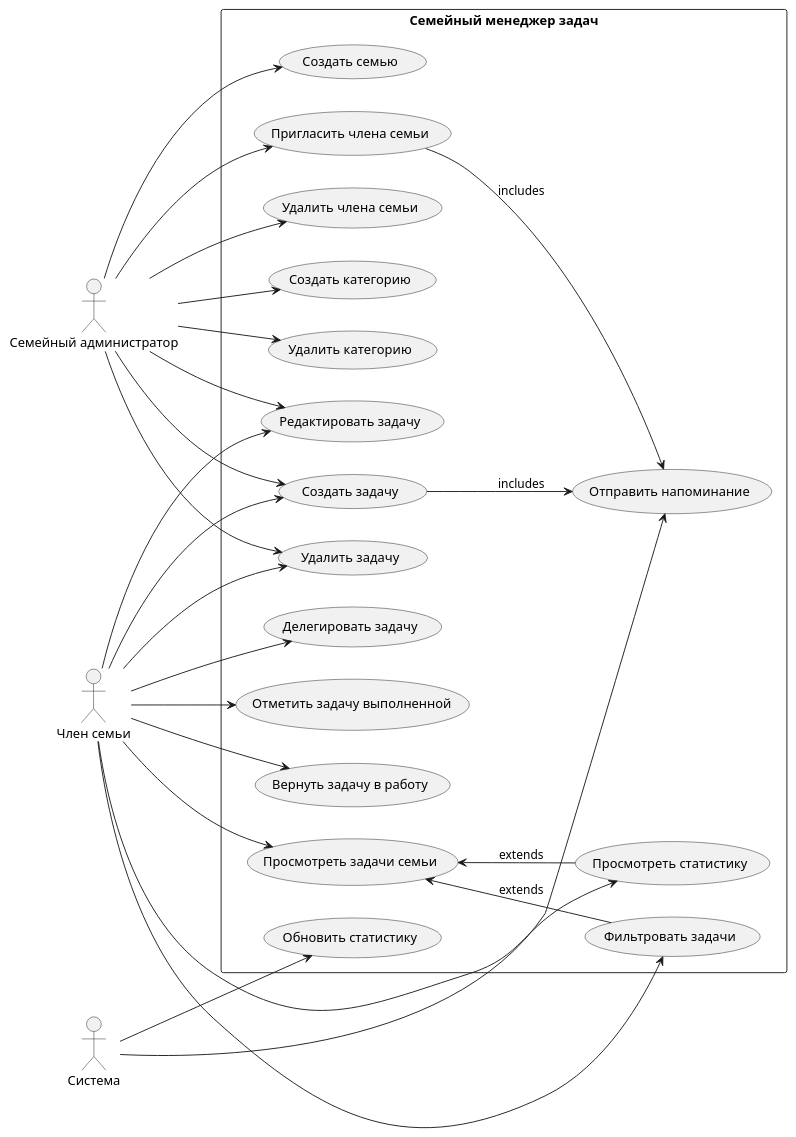
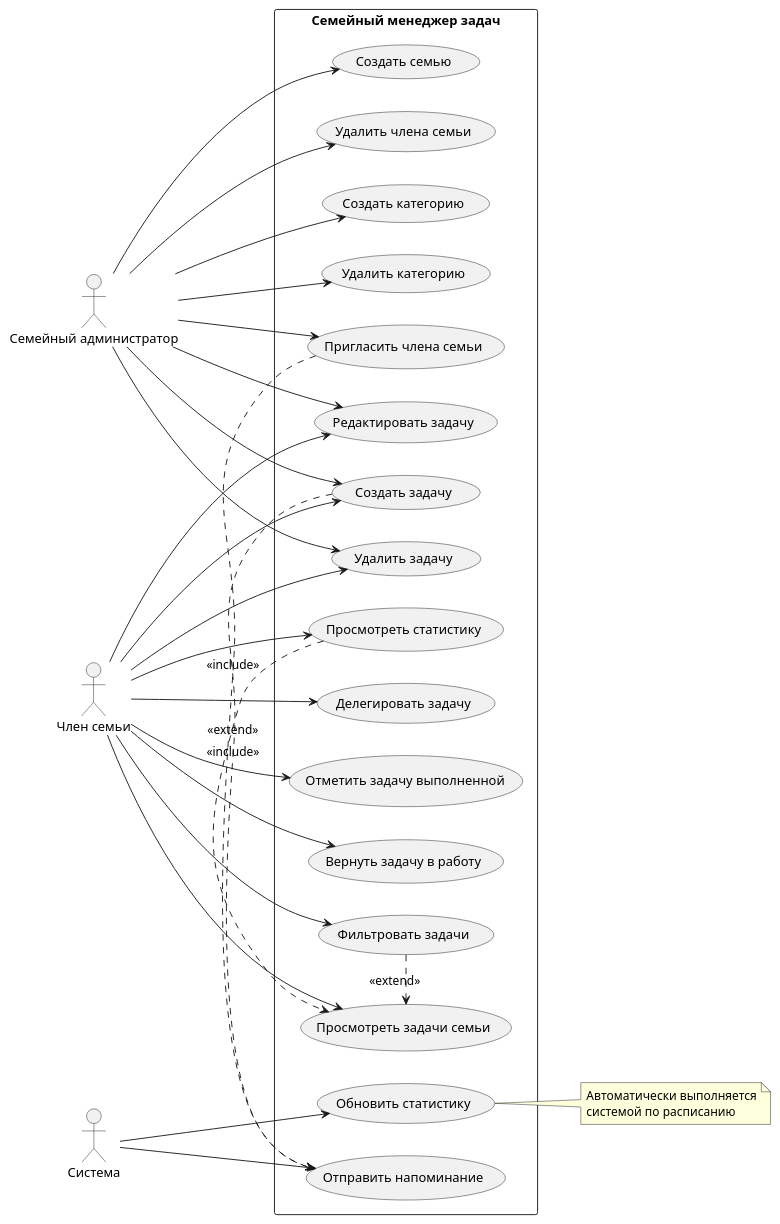
Before and after one commit to whylwix/family-task-manager-srs: the diagram in docs/behavior/use_case/use_case_diagram/use_case_diagram.puml, drawn with PlantUML.

```diff
--- a/docs/behavior/use_case/use_case_diagram/use_case_diagram.puml
+++ b/docs/behavior/use_case/use_case_diagram/use_case_diagram.puml
@@ -1,68 +1,71 @@
 @startuml
 left to right direction
 
 ' Акторы
 actor "Семейный администратор" as Admin
 actor "Член семьи" as Member
 actor "Система" as System
 
 rectangle "Семейный менеджер задач" {
   ' Управление семьей
   usecase "Создать семью" as UC1
   usecase "Пригласить члена семьи" as UC2
   usecase "Удалить члена семьи" as UC3
   
   ' Управление задачами
   usecase "Создать задачу" as UC4
   usecase "Редактировать задачу" as UC5
   usecase "Удалить задачу" as UC6
   usecase "Делегировать задачу" as UC7
   
   ' Выполнение задач
   usecase "Отметить задачу выполненной" as UC8
   usecase "Вернуть задачу в работу" as UC9
   
   ' Просмотр и фильтрация
   usecase "Просмотреть задачи семьи" as UC10
   usecase "Фильтровать задачи" as UC11
   usecase "Просмотреть статистику" as UC12
   
   ' Управление категориями
   usecase "Создать категорию" as UC13
   usecase "Удалить категорию" as UC14
   
   ' Автоматические действия
   usecase "Отправить напоминание" as UC15
   usecase "Обновить статистику" as UC16
 }
+Admin --> UC1
+Admin --> UC2
+Admin --> UC3
+Admin --> UC4
+Admin --> UC5
+Admin --> UC6
+Admin --> UC13
+Admin --> UC14
 
-' Основные связи акторов с use cases (группировка по линиям)
-Admin -down-> UC1
-Admin -down-> UC2
-Admin -down-> UC3
-Admin -down-> UC4
-Admin -down-> UC5
-Admin -down-> UC6
-Admin -down-> UC13
-Admin -down-> UC14
+Member --> UC4
+Member --> UC5
+Member --> UC6
+Member --> UC7
+Member --> UC8
+Member --> UC9
+Member --> UC10
+Member --> UC11
+Member --> UC12
 
-Member -down-> UC4
-Member -down-> UC5
-Member -down-> UC6
-Member -down-> UC7
-Member -down-> UC8
-Member -down-> UC9
-Member -down-> UC10
-Member -down-> UC11
-Member -down-> UC12
+System --> UC15
+System --> UC16
 
-System -down-> UC15
-System -down-> UC16
+UC11 .> UC10 : <<extend>>
+UC12 .> UC10 : <<extend>>
 
-' Упрощенные связи между use cases
-UC10 <-- UC11 : extends
-UC10 <-- UC12 : extends
-UC2 --> UC15 : includes
-UC4 --> UC15 : includes
+UC2 .> UC15 : <<include>>
+UC4 .> UC15 : <<include>>
+
+note right of UC16
+  Автоматически выполняется
+  системой по расписанию
+end note
 
 @enduml
```
